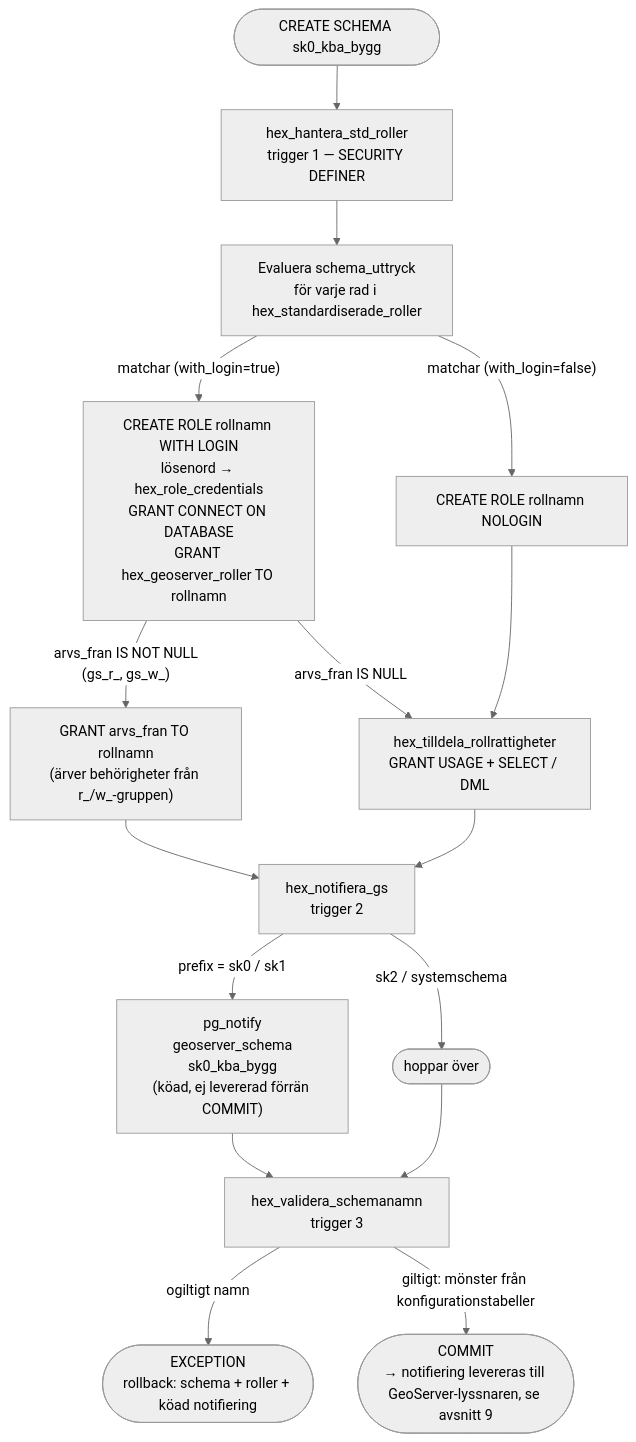
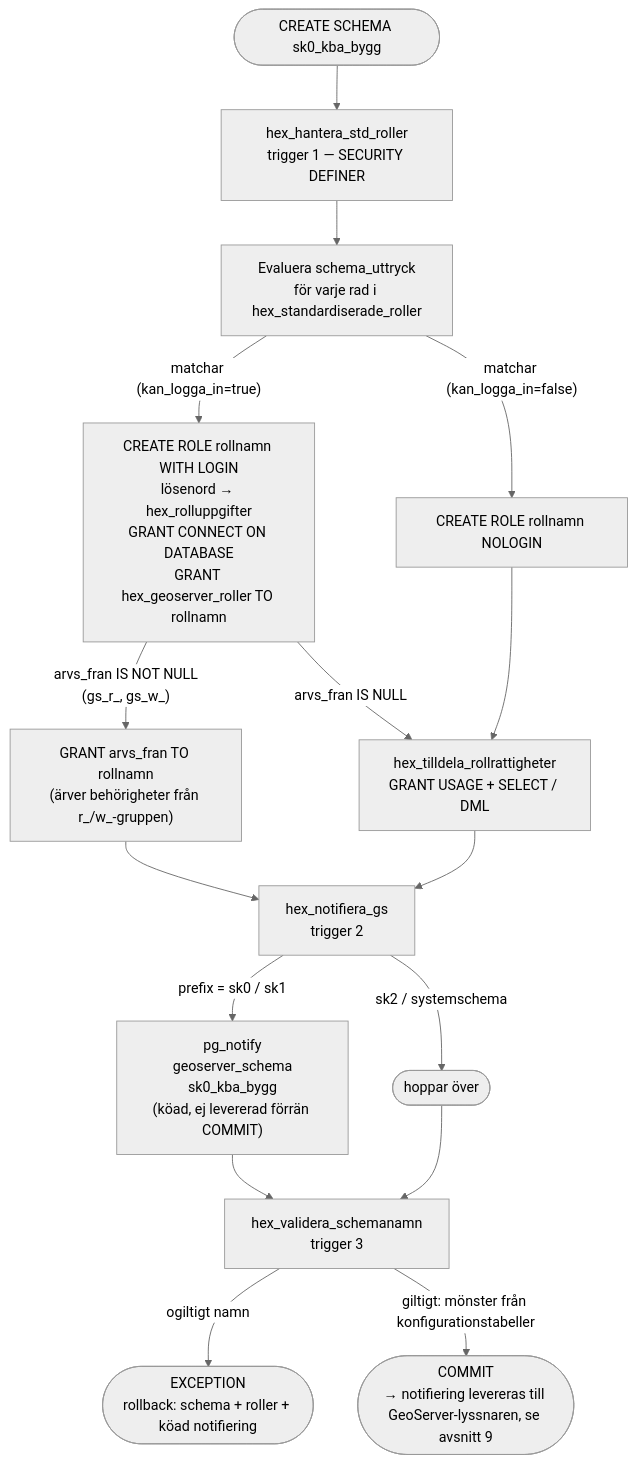
One commit to Geodata-Kungsbacka/Hex changed the second of 9 diagrams in LOGIC_MAP.md. Above: the diagram before and after it, drawn with Mermaid (neutral theme). The commit also changed other lines of this file and 24 other files, not shown here.

First line of the commit message:
Byt namn: hex_role_credentials → hex_rolluppgifter, with_login → kan_logga_in

````diff
--- a/LOGIC_MAP.md
+++ b/LOGIC_MAP.md
@@ -169,26 +169,26 @@
 ```mermaid
 flowchart TD
     START(["CREATE SCHEMA sk0_kba_bygg"])
     START --> HSR
 
     HSR["hex_hantera_std_roller<br/>trigger 1 — SECURITY DEFINER"]
     HSR --> LOOP["Evaluera schema_uttryck<br/>för varje rad i hex_standardiserade_roller"]
-    LOOP --> |"matchar (with_login=true)"| LOGIN["CREATE ROLE rollnamn WITH LOGIN<br/>lösenord → hex_role_credentials<br/>GRANT CONNECT ON DATABASE<br/>GRANT hex_geoserver_roller TO rollnamn"]
-    LOOP --> |"matchar (with_login=false)"| NOLOGIN["CREATE ROLE rollnamn NOLOGIN"]
+    LOOP --> |"matchar (kan_logga_in=true)"| LOGIN["CREATE ROLE rollnamn WITH LOGIN<br/>lösenord → hex_rolluppgifter<br/>GRANT CONNECT ON DATABASE<br/>GRANT hex_geoserver_roller TO rollnamn"]
+    LOOP --> |"matchar (kan_logga_in=false)"| NOLOGIN["CREATE ROLE rollnamn NOLOGIN"]
     LOGIN --> |"arvs_fran IS NOT NULL<br/>(gs_r_, gs_w_)"| ARV["GRANT arvs_fran TO rollnamn<br/>(ärver behörigheter från r_/w_-gruppen)"]
     LOGIN --> |"arvs_fran IS NULL"| TRR["hex_tilldela_rollrattigheter<br/>GRANT USAGE + SELECT / DML"]
     NOLOGIN --> TRR
 
     TRR --> NG
     ARV --> NG
 
     NG["hex_notifiera_gs<br/>trigger 2"]
     NG --> |"prefix = sk0 / sk1"| NOTIFY["pg_notify<br/>geoserver_schema<br/>sk0_kba_bygg<br/>(köad, ej levererad förrän COMMIT)"]
     NG --> |"sk2 / systemschema"| SKIP(["hoppar över"])
     NOTIFY --> VS
     SKIP --> VS
 
     VS["hex_validera_schemanamn<br/>trigger 3"]
     VS --> |"ogiltigt namn"| ERRV(["EXCEPTION<br/>rollback: schema + roller + köad notifiering"])
     VS --> |"giltigt: mönster från konfigurationstabeller"| DONE(["COMMIT<br/>→ notifiering levereras till GeoServer-lyssnaren, se avsnitt 9"])
 ```
````
